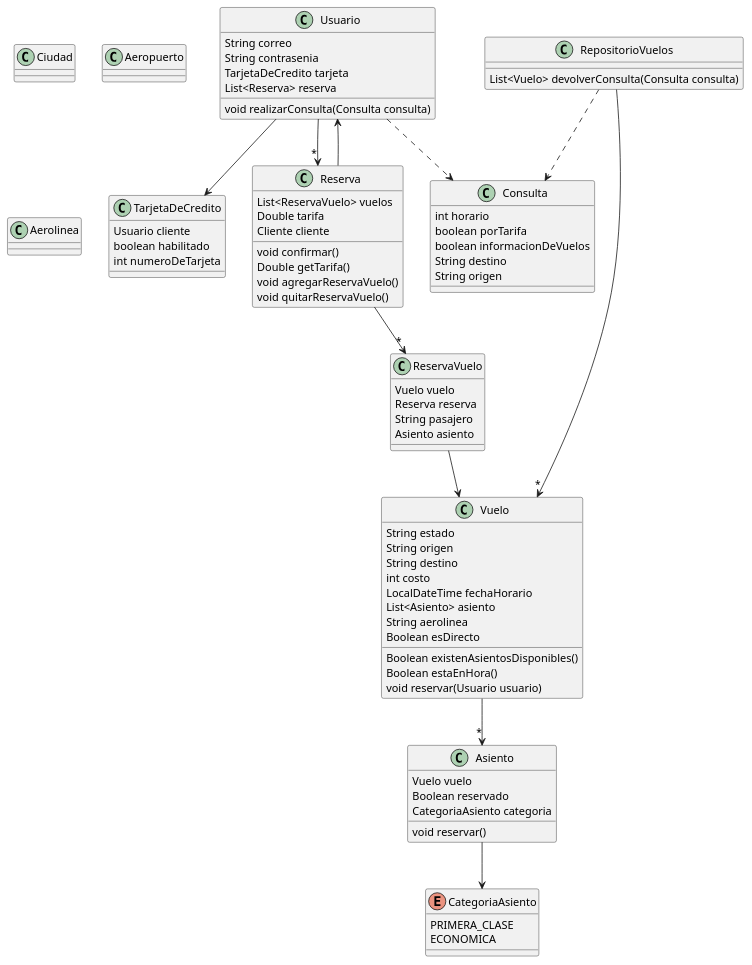
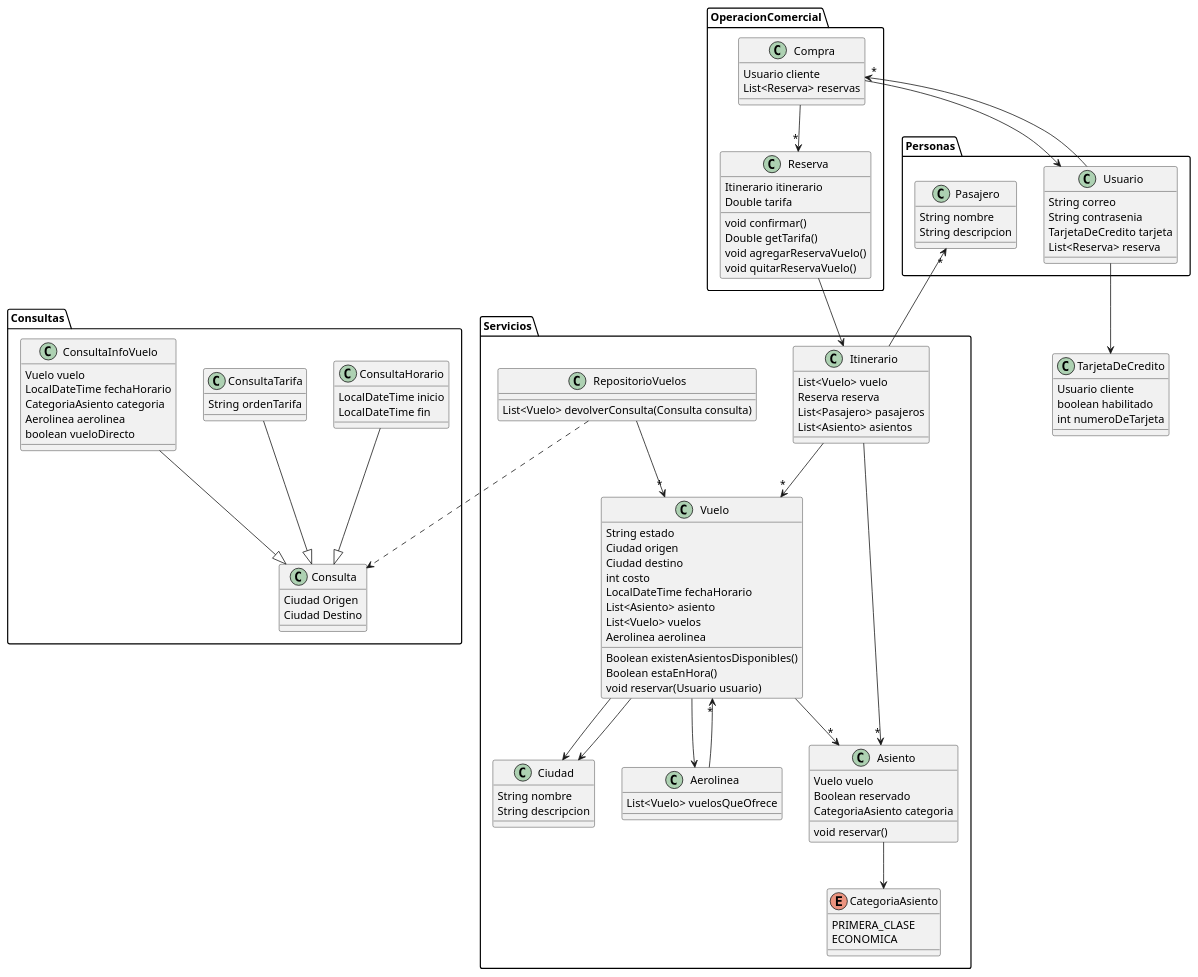
One commit to LucasBarr99/DDS-Grupo7 changed the diagram in src/DiagramaDeClases_EJ32.puml. Above: the diagram before and after it, drawn with PlantUML.

Commit message:
Diagrama de Clases Vuelos, chequear

```diff
--- a/src/DiagramaDeClases_EJ32.puml
+++ b/src/DiagramaDeClases_EJ32.puml
@@ -1,107 +1,160 @@
 @startuml
 'https://plantuml.com/class-diagram
 
 
 
+package Personas{
 class Usuario {
     String correo
     String contrasenia
     TarjetaDeCredito tarjeta
     List<Reserva> reserva
 
-    void realizarConsulta(Consulta consulta)
+}
 
+class Pasajero {
+   String nombre
+   String descripcion
+}
+}
+
+package OperacionComercial{
+class Compra{
+    Usuario cliente
+    List<Reserva> reservas
+}
+class Reserva{
+    Itinerario itinerario
+    Double tarifa
+
+    void confirmar()
+    Double getTarifa()
+    void agregarReservaVuelo()
+    void quitarReservaVuelo()
 
 }
-class Consulta{
-    int horario
-    boolean porTarifa
-    boolean informacionDeVuelos
-    String destino
-    String origen
+
 }
 
-class RepositorioVuelos{
-
-    List<Vuelo> devolverConsulta(Consulta consulta)
-}
-
-class TarjetaDeCredito{
-   Usuario cliente
-   boolean habilitado
-   int numeroDeTarjeta
-}
-
+package Servicios{
 class Vuelo{
     String estado
-    String origen
-    String destino
+    Ciudad origen
+    Ciudad destino
     int costo
     LocalDateTime fechaHorario
     List<Asiento> asiento
-    String aerolinea
-    Boolean esDirecto
+    List<Vuelo> vuelos
+    Aerolinea aerolinea
 
     Boolean existenAsientosDisponibles()
     Boolean estaEnHora()
     void reservar(Usuario usuario)
 
 }
 
 class Asiento{
     Vuelo vuelo
     Boolean reservado
     CategoriaAsiento categoria
 
     void reservar()
 }
 
 enum CategoriaAsiento{
     PRIMERA_CLASE
     ECONOMICA
 
 }
 
-class ReservaVuelo{
-    Vuelo vuelo
+class Itinerario{
+    List<Vuelo> vuelo
     Reserva reserva
-    String pasajero
-    Asiento asiento
+    List<Pasajero> pasajeros
+    List<Asiento> asientos
 
 
 }
 
-class Reserva{
-    List<ReservaVuelo> vuelos
-    Double tarifa
-    Cliente cliente
 
-    void confirmar()
-    Double getTarifa()
-    void agregarReservaVuelo()
-    void quitarReservaVuelo()
+class Ciudad{
+    String nombre
+    String descripcion
+}
+
+class Aerolinea{
+    List<Vuelo> vuelosQueOfrece
+}
+
+class RepositorioVuelos{
+
+    List<Vuelo> devolverConsulta(Consulta consulta)
+}
+}
+
+package Consultas{
+class Consulta{
+  Ciudad Origen
+    Ciudad Destino
 
 }
-class Ciudad{
+
+class ConsultaHorario{
+    LocalDateTime inicio
+    LocalDateTime fin
+
 }
-class Aeropuerto{
+class ConsultaTarifa{
+   String ordenTarifa
 }
-class Aerolinea{
+class ConsultaInfoVuelo{
+    Vuelo vuelo
+    LocalDateTime fechaHorario
+    CategoriaAsiento categoria
+    Aerolinea aerolinea
+    boolean vueloDirecto
 }
-Usuario -->"*" Reserva
+}
+
+
+
+class TarjetaDeCredito{
+   Usuario cliente
+   boolean habilitado
+   int numeroDeTarjeta
+}
+
+
+
+Usuario -->"*" Compra
 Usuario --> TarjetaDeCredito
-Usuario ..> Consulta
 
-Reserva -->"*" ReservaVuelo
-Reserva --> Usuario
 
-ReservaVuelo --> Vuelo
+
+Compra -->"*" Reserva
+Compra --> Usuario
+
+Aerolinea -->"*" Vuelo
+
+Reserva --> Itinerario
+
+
+ConsultaHorario --|> Consulta
+ConsultaTarifa --|> Consulta
+ConsultaInfoVuelo--|> Consulta
+
+Itinerario -->"*" Vuelo
+Itinerario -->"*" Asiento
+Itinerario -->"*" Pasajero
 
 Vuelo -->"*" Asiento
+Vuelo --> Ciudad
+Vuelo --> Ciudad
+Vuelo --> Aerolinea
 
 Asiento --> CategoriaAsiento
 
 RepositorioVuelos -->"*" Vuelo
 RepositorioVuelos ..> Consulta
 
 @enduml
```
